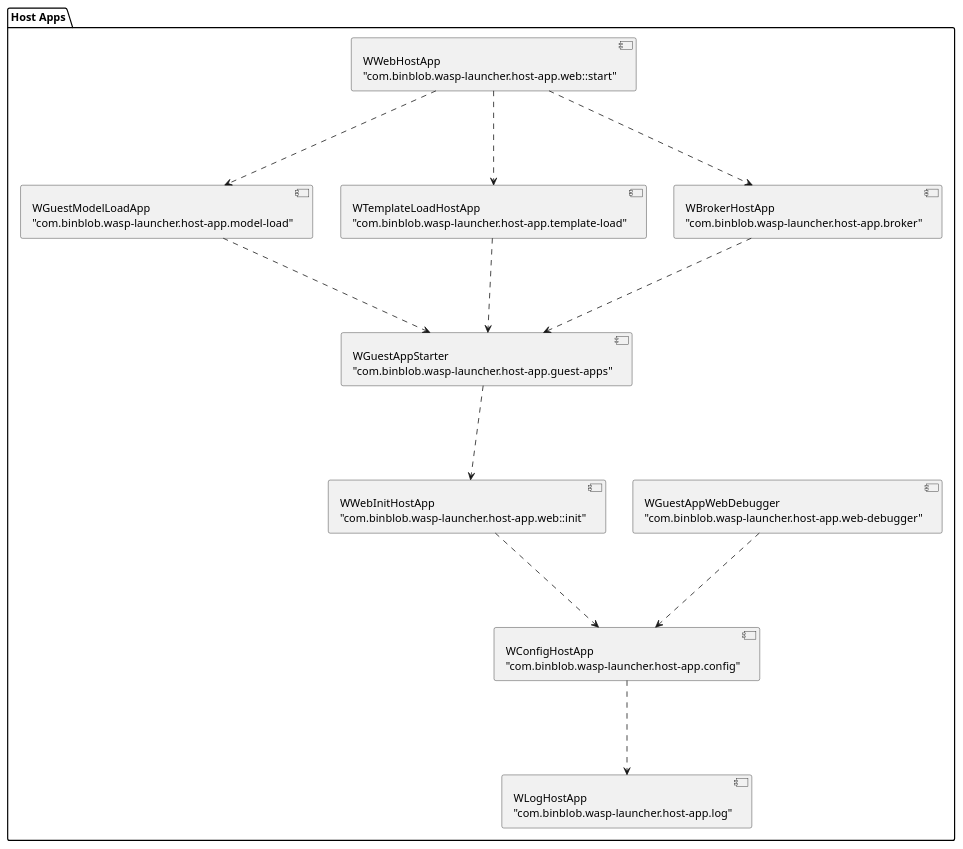
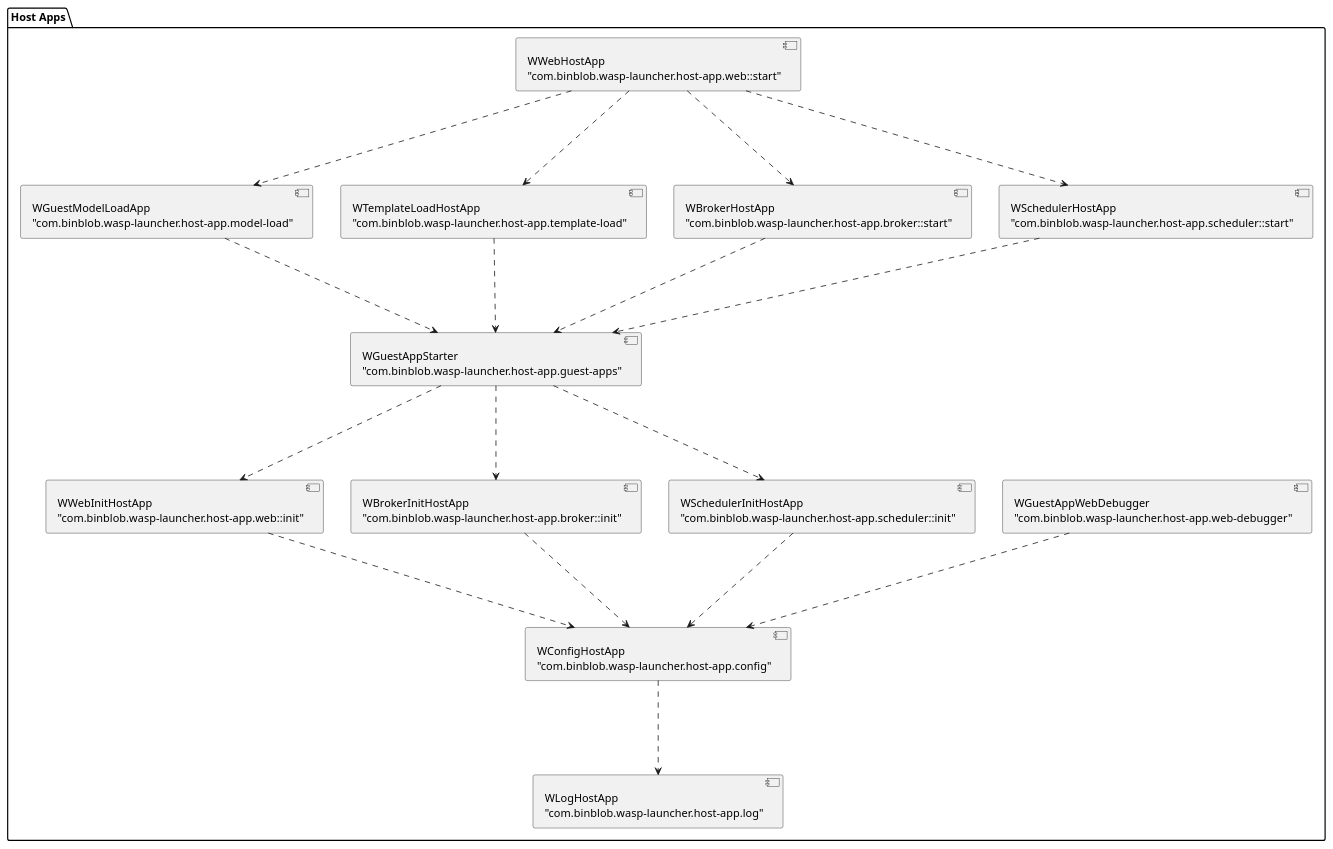
One commit to a1ezzz/wasp-launcher changed the diagram in docs/sphinx/apps.puml. Above: the diagram before and after it, drawn with PlantUML. The commit also changed 7 other files, not shown here.

Commit message:
wasp_launcher/: guest apps small refactoring. Launcher scheduler updated

```diff
--- a/docs/sphinx/apps.puml
+++ b/docs/sphinx/apps.puml
@@ -1,64 +1,86 @@
 @startuml
 
 package "Host Apps" {
 component log [
 WLogHostApp
 "com.binblob.wasp-launcher.host-app.log"
 ]
 
 component config [
 WConfigHostApp
 "com.binblob.wasp-launcher.host-app.config"
 ]
 
 component debugger [
 WGuestAppWebDebugger
 "com.binblob.wasp-launcher.host-app.web-debugger"
 ]
 
 component web_init [
 WWebInitHostApp
 "com.binblob.wasp-launcher.host-app.web::init"
 ]
 
+component broker_init [
+WBrokerInitHostApp
+"com.binblob.wasp-launcher.host-app.broker::init"
+]
+
+component scheduler_init [
+WSchedulerInitHostApp
+"com.binblob.wasp-launcher.host-app.scheduler::init"
+]
+
 component starter [
 WGuestAppStarter
 "com.binblob.wasp-launcher.host-app.guest-apps"
 ]
 
 component model [
 WGuestModelLoadApp
 "com.binblob.wasp-launcher.host-app.model-load"
 ]
 
 component template [
 WTemplateLoadHostApp
 "com.binblob.wasp-launcher.host-app.template-load"
 ]
 
-component broker [
+component broker_start [
 WBrokerHostApp
-"com.binblob.wasp-launcher.host-app.broker"
+"com.binblob.wasp-launcher.host-app.broker::start"
+]
+
+component scheduler_start [
+WSchedulerHostApp
+"com.binblob.wasp-launcher.host-app.scheduler::start"
 ]
 
 component web_start [
 WWebHostApp
 "com.binblob.wasp-launcher.host-app.web::start"
 ]
 
 config .-down-> log
 debugger .-down-> config
 web_init .-down-> config
+broker_init .-down-> config
+scheduler_init .-down-> config
+
 starter .-down-> web_init
+starter .-down-> broker_init
+starter .-down-> scheduler_init
 
 model .-down-> starter
 template .-down-> starter
-broker .-down-> starter
+broker_start .-down-> starter
+scheduler_start .-down-> starter
 
 web_start .-down-> model
 web_start .-down-> template
-web_start .-down-> broker
+web_start .-down-> broker_start
+web_start .-down-> scheduler_start
 
 }
 
 @enduml
```
